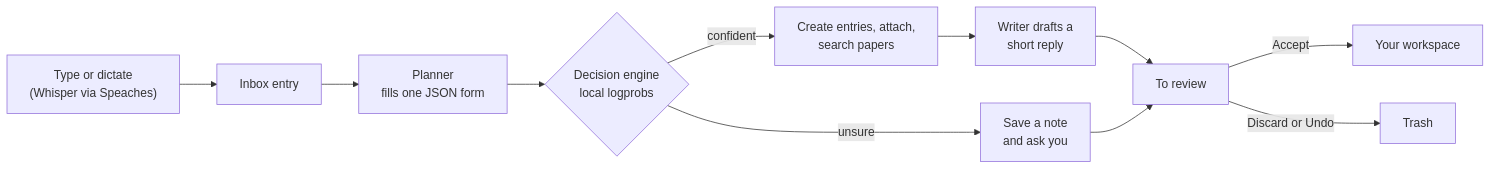
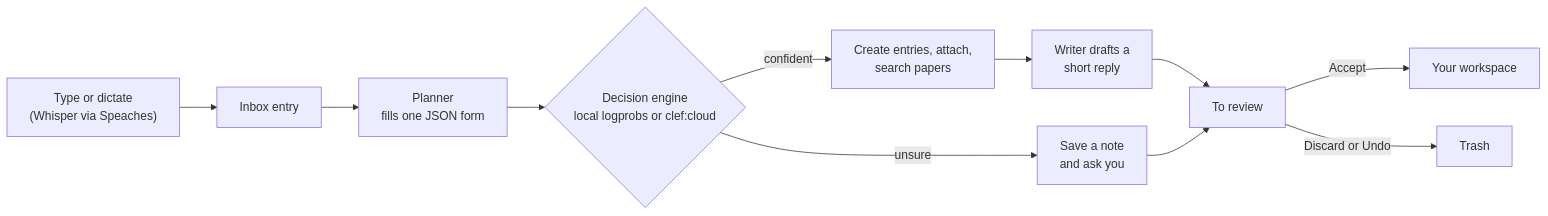
One commit to jvitorbarros15/spark-personal-lab changed the first of 2 diagrams in README.md. Above: the diagram before and after it, drawn with Mermaid. The commit also changed other lines of this file and 4 other files, not shown here.

````diff
--- a/README.md
+++ b/README.md
@@ -83,13 +85,13 @@
 ```mermaid
 flowchart LR
   A["Type or dictate<br>(Whisper via Speaches)"] --> B[Inbox entry]
   B --> C["Planner<br>fills one JSON form"]
-  C --> D{"Decision engine<br>local logprobs"}
+  C --> D{"Decision engine<br>local logprobs or clef:cloud"}
   D -- confident --> E["Create entries, attach,<br>search papers"]
   D -- unsure --> F["Save a note<br>and ask you"]
   E --> G["Writer drafts a<br>short reply"]
   G --> H[To review]
   F --> H
   H -- Accept --> I[Your workspace]
   H -- Discard or Undo --> J[Trash]
 ```
````
